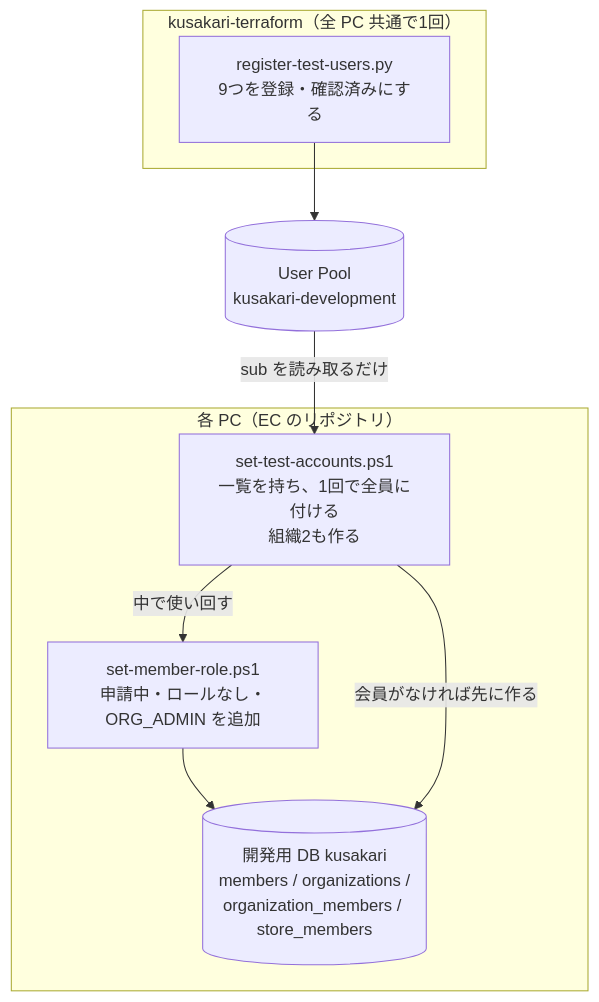
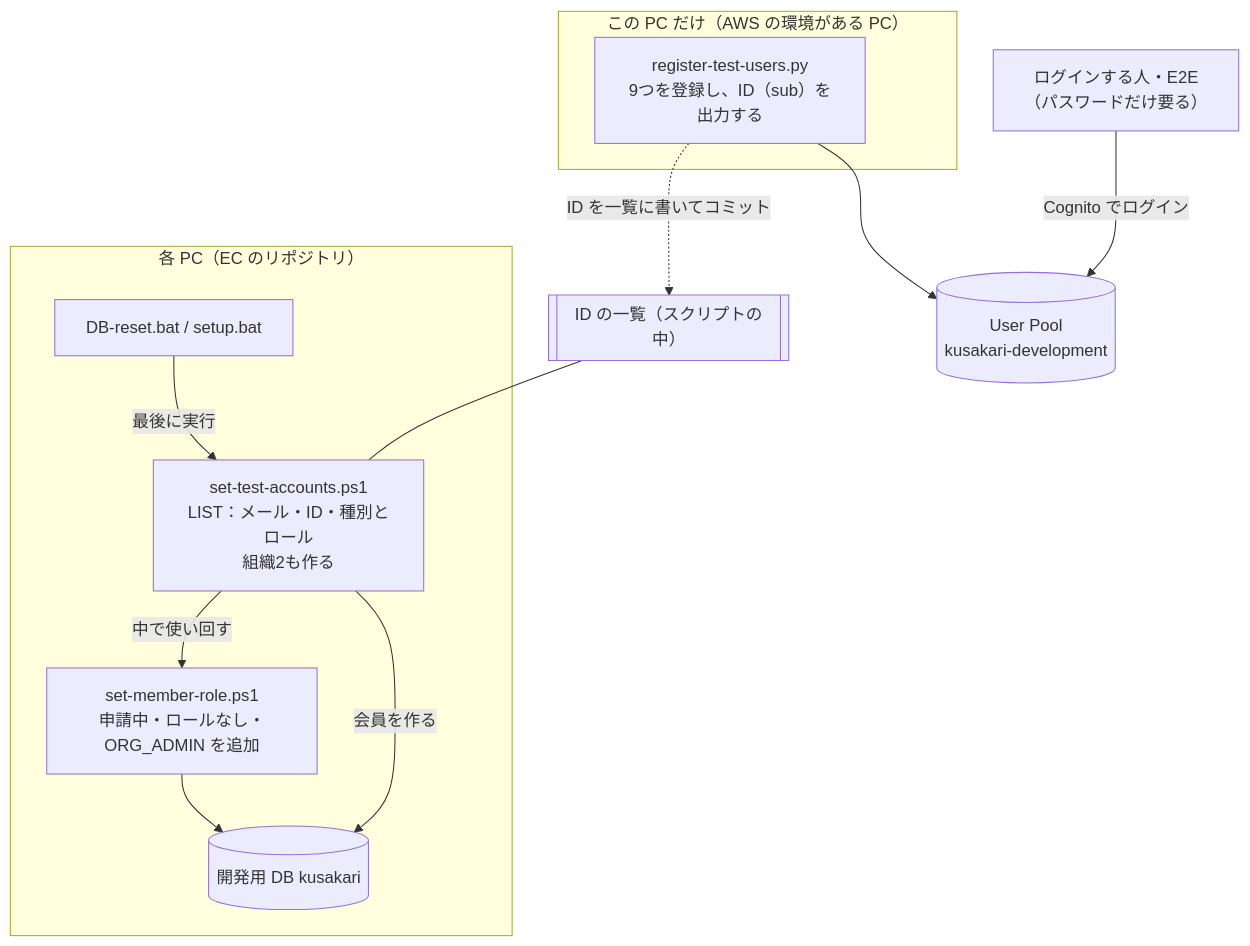
One commit to abeouga/kusakari-ec changed the third of 4 diagrams in docs/decisions/2026-11-15-test-accounts.md. Above: the diagram before and after it, drawn with Mermaid. The commit also changed other lines of this file, not shown here.

````diff
--- a/docs/decisions/2026-11-15-test-accounts.md
+++ b/docs/decisions/2026-11-15-test-accounts.md
@@ -96,19 +100,24 @@
 ```mermaid
 flowchart TB
-  subgraph TF["kusakari-terraform（全 PC 共通で1回）"]
-    REG["register-test-users.py<br/>9つを登録・確認済みにする"]
+  subgraph TF["この PC だけ（AWS の環境がある PC）"]
+    REG["register-test-users.py<br/>9つを登録し、ID（sub）を出力する"]
   end
   POOL[("User Pool<br/>kusakari-development")]
   REG --> POOL
+  REG -. ID を一覧に書いてコミット .-> LIST
 
   subgraph PC["各 PC（EC のリポジトリ）"]
-    SEED["set-test-accounts.ps1<br/>一覧を持ち、1回で全員に付ける<br/>組織2も作る"]
+    RESET["DB-reset.bat / setup.bat"]
+    SEED["set-test-accounts.ps1<br/>LIST：メール・ID・種別とロール<br/>組織2も作る"]
     ROLE["set-member-role.ps1<br/>申請中・ロールなし・ORG_ADMIN を追加"]
-    DB[("開発用 DB kusakari<br/>members / organizations /<br/>organization_members / store_members")]
+    DB[("開発用 DB kusakari")]
+    RESET -- 最後に実行 --> SEED
+    SEED -- 会員を作る --> DB
     SEED -- 中で使い回す --> ROLE
     ROLE --> DB
   end
+  LIST[["ID の一覧（スクリプトの中）"]]
+  LIST --- SEED
 
-  POOL -- sub を読み取るだけ --> SEED
-  SEED -- 会員がなければ先に作る --> DB
+  USER["ログインする人・E2E<br/>（パスワードだけ要る）"] -- Cognito でログイン --> POOL
 ```
````
